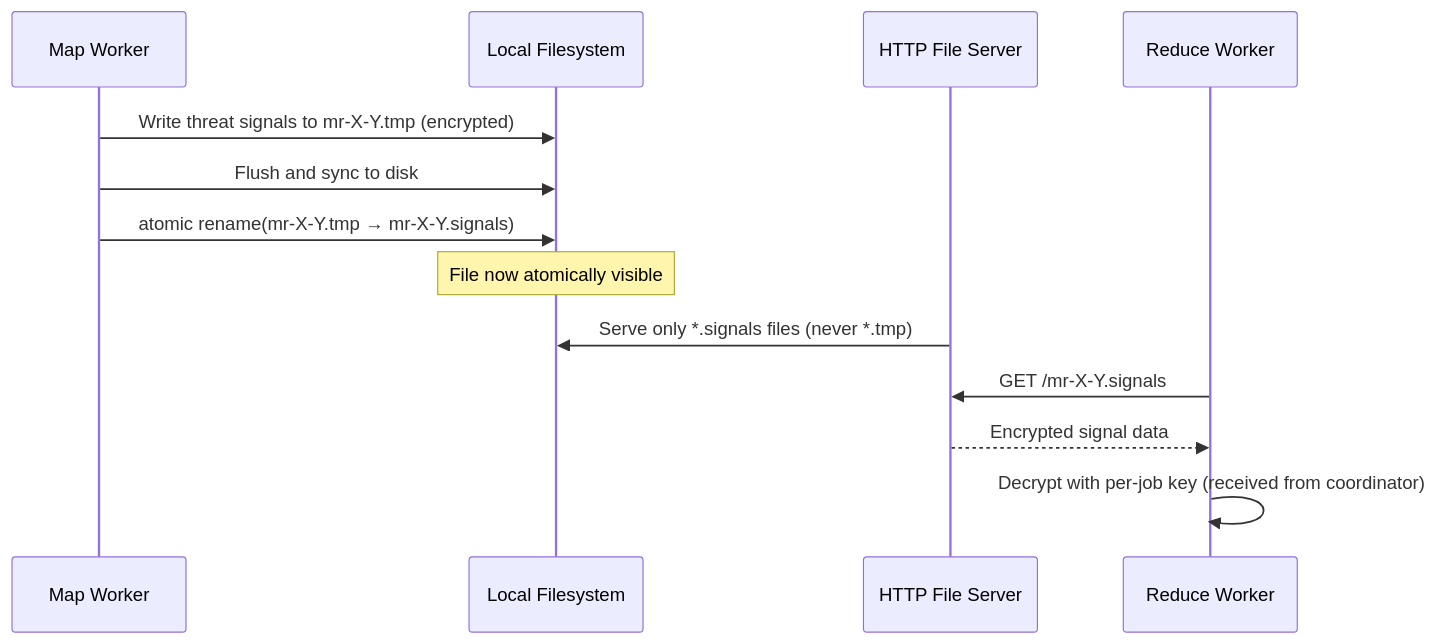
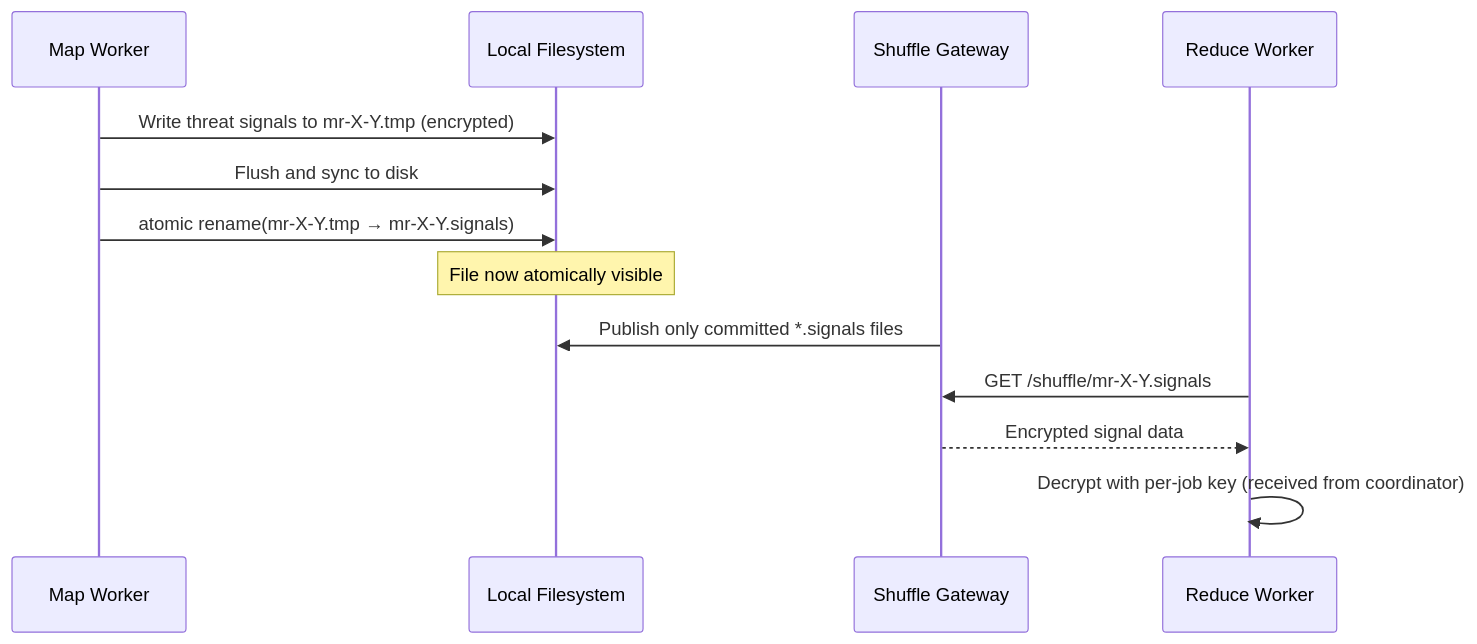
One commit to prateekpurohit13/frien changed the tenth of 29 diagrams in docs/FRIEN_ARCHITECTURE.md. Above: the diagram before and after it, drawn with Mermaid. The commit also changed other lines of this file, not shown here.

````diff
--- a/docs/FRIEN_ARCHITECTURE.md
+++ b/docs/FRIEN_ARCHITECTURE.md
@@ -512,16 +623,16 @@
 ```mermaid
 sequenceDiagram
     participant W as Map Worker
     participant FS as Local Filesystem
-    participant HTTP as HTTP File Server
+    participant SH as Shuffle Gateway
     participant RW as Reduce Worker
 
     W->>FS: Write threat signals to mr-X-Y.tmp (encrypted)
     W->>FS: Flush and sync to disk
     W->>FS: atomic rename(mr-X-Y.tmp → mr-X-Y.signals)
     Note over FS: File now atomically visible
-    HTTP->>FS: Serve only *.signals files (never *.tmp)
-    RW->>HTTP: GET /mr-X-Y.signals
-    HTTP-->>RW: Encrypted signal data
+    SH->>FS: Publish only committed *.signals files
+    RW->>SH: GET /shuffle/mr-X-Y.signals
+    SH-->>RW: Encrypted signal data
     RW->>RW: Decrypt with per-job key (received from coordinator)
 ```
````
